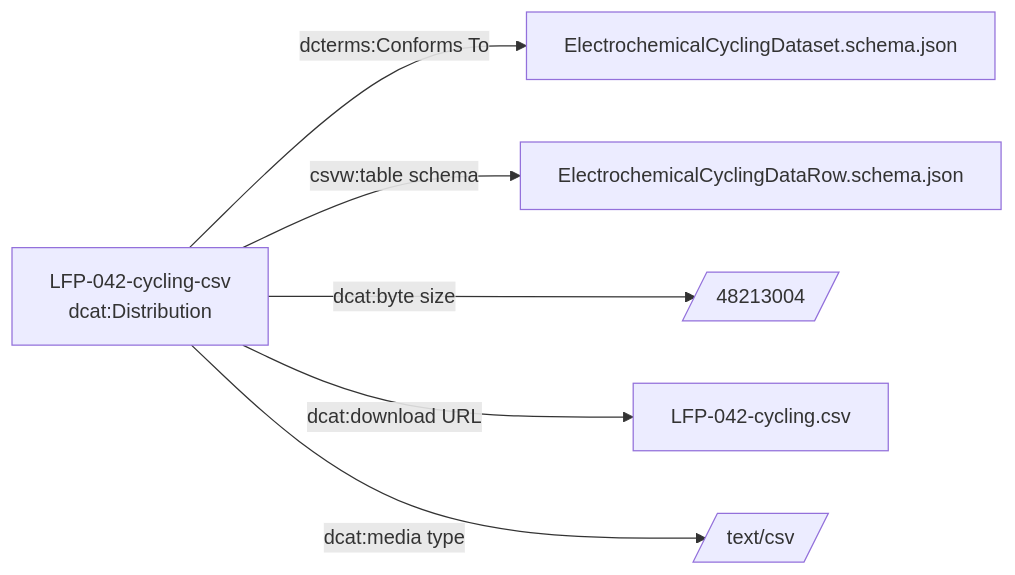
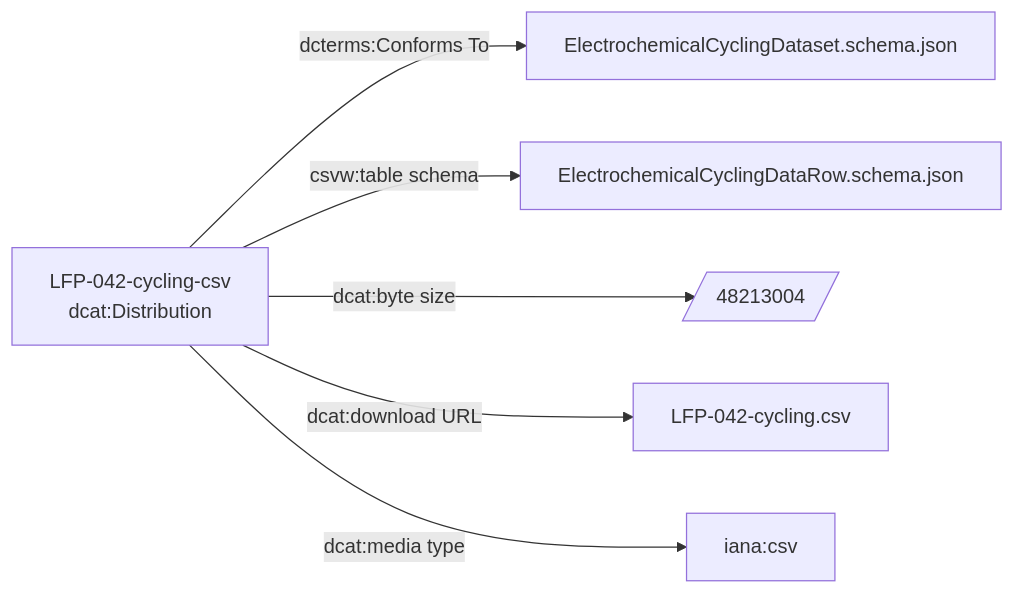
The diagram in generated/datasets/Distribution.consensus.mmd (OO-LD/oold-reference-schemas), drawn with Mermaid before and after one commit. The commit also changed 15 other files, not shown here.

```diff
--- a/generated/datasets/Distribution.consensus.mmd
+++ b/generated/datasets/Distribution.consensus.mmd
@@ -1,12 +1,12 @@
 flowchart LR
   n0["LFP-042-cycling-csv<br>dcat:Distribution"]
   n1["ElectrochemicalCyclingDataset.schema.json"]
   n2["ElectrochemicalCyclingDataRow.schema.json"]
   n3[/"48213004"/]
   n4["LFP-042-cycling.csv"]
-  n5[/"text/csv"/]
+  n5["iana:csv"]
   n0 -->|dcterms:Conforms To| n1
   n0 -->|csvw:table schema| n2
   n0 -->|dcat:byte size| n3
   n0 -->|dcat:download URL| n4
   n0 -->|dcat:media type| n5
```
